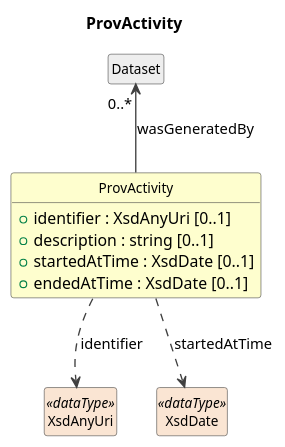
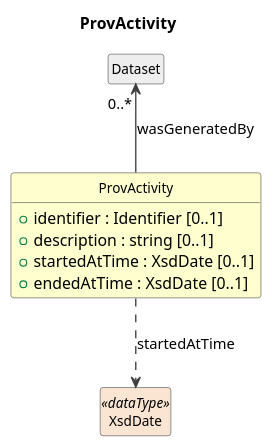
One commit to Cross-Domain-Interoperability-Framework/metadataBuildingBlocks changed the diagram in build/field-level-documentation/CDIFCore/Classes/ProvActivity.pu. Above: the diagram before and after it, drawn with PlantUML. The commit also changed 411 other files, not shown here.

```diff
--- a/build/field-level-documentation/CDIFCore/Classes/ProvActivity.pu
+++ b/build/field-level-documentation/CDIFCore/Classes/ProvActivity.pu
@@ -1,26 +1,24 @@
 @startuml
 title ProvActivity
 hide circle
 hide empty members
 skinparam shadowing false
 skinparam ArrowThickness 1.2
 skinparam class {
   ArrowColor #404040
   BorderColor #404040
   FontSize 12
 }
 
 class "ProvActivity" as ProvActivity #FEFECE {
-  +identifier : XsdAnyUri [0..1]
+  +identifier : Identifier [0..1]
   +description : string [0..1]
   +startedAtTime : XsdDate [0..1]
   +endedAtTime : XsdDate [0..1]
 }
 class "Dataset" as Dataset #EEEEEE
 Dataset "0..*" <-- ProvActivity : wasGeneratedBy
-class "XsdAnyUri" as XsdAnyUri <<dataType>> #FAE5D3
-ProvActivity ..> XsdAnyUri : identifier
 class "XsdDate" as XsdDate <<dataType>> #FAE5D3
 ProvActivity ..> XsdDate : startedAtTime
 
 @enduml
```
